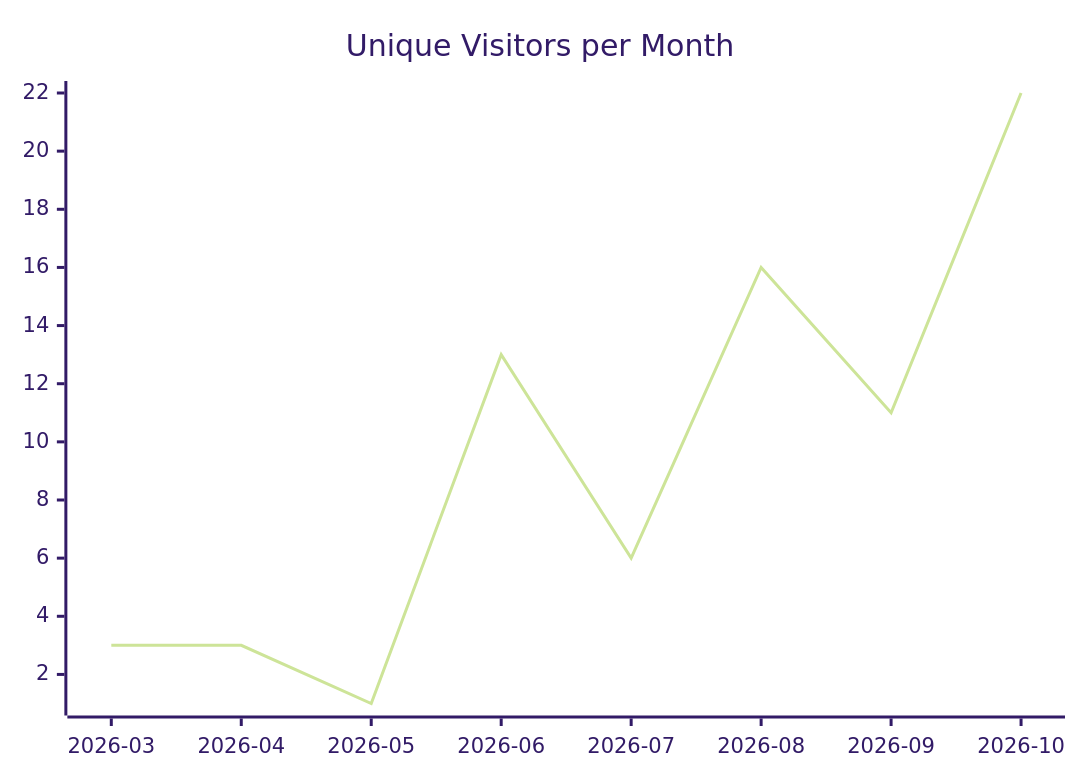
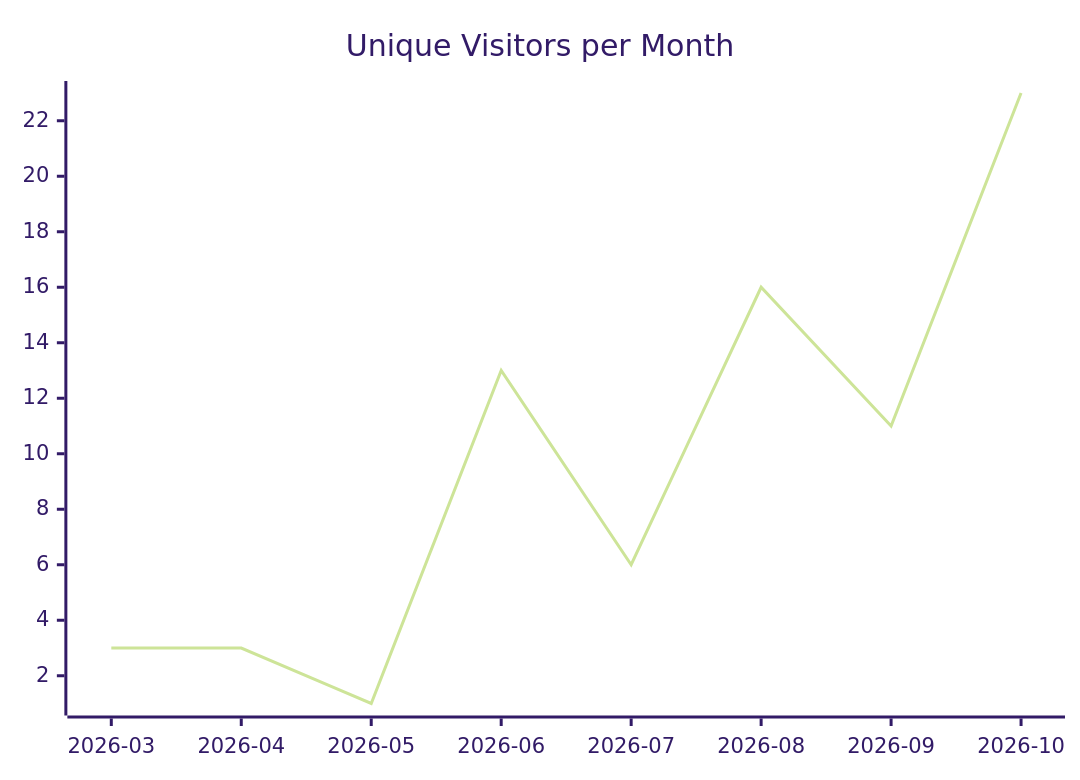
Before and after one commit to justdavis-family/github-analytics-data: the first of 3 diagrams in karlmdavis/rps-tourney/README.md, drawn with Mermaid (forest theme). The commit also changed other lines of this file and 202 other files, not shown here.

````diff
--- a/karlmdavis/rps-tourney/README.md
+++ b/karlmdavis/rps-tourney/README.md
@@ -5,6 +5,6 @@
 ```mermaid
 xychart-beta
   title "Unique Visitors per Month"
   x-axis ["2026-03", "2026-04", "2026-05", "2026-06", "2026-07", "2026-08", "2026-09", "2026-10"]
-  line [3, 3, 1, 13, 6, 16, 11, 22]
+  line [3, 3, 1, 13, 6, 16, 11, 23]
 ```
````
